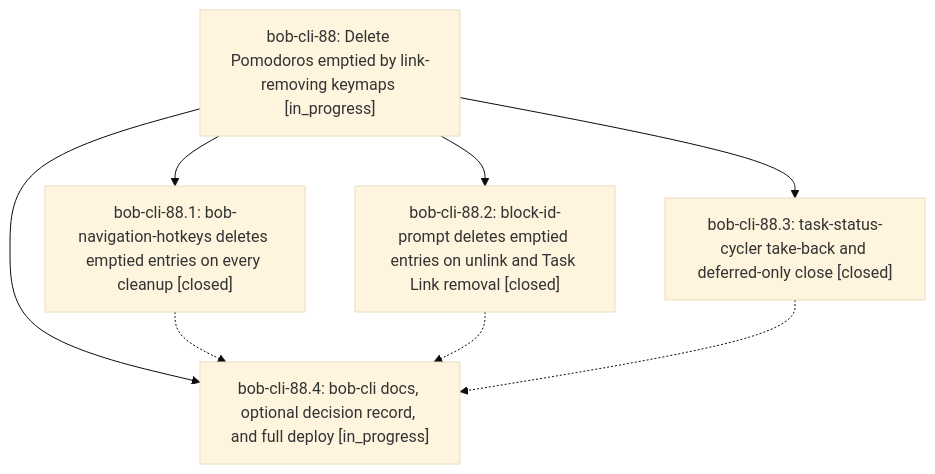
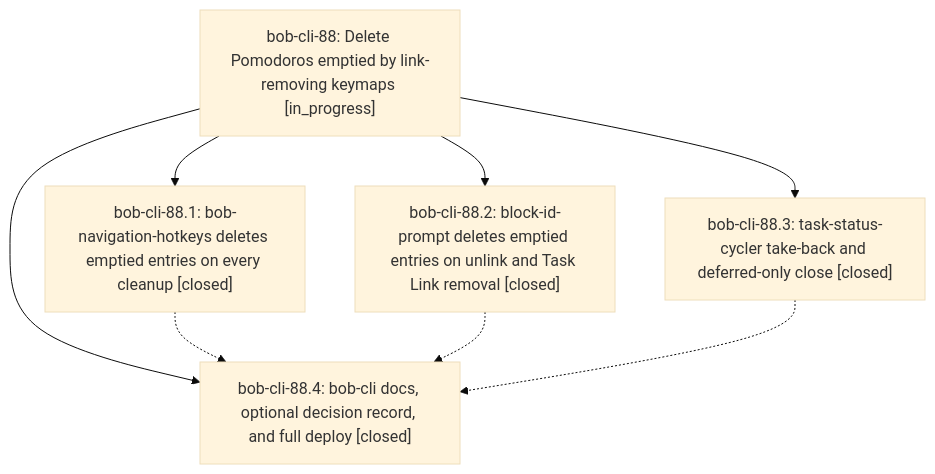
One commit to bobs-org/bob-cli--beads changed the diagram in pages/bob-cli-88/README.md. Above: the diagram before and after it, drawn with Mermaid (base theme). The commit also changed other lines of this file and 4 other files, not shown here.

First line of the commit message:
chore(beads): sync bead state and pages for bob-cli-88

````diff
--- a/pages/bob-cli-88/README.md
+++ b/pages/bob-cli-88/README.md
@@ -25,15 +39,15 @@
 ```mermaid
 flowchart TD
     n0["bob-cli-88: Delete Pomodoros emptied by link-removing keymaps [in_progress]"]
     n1["bob-cli-88.1: bob-navigation-hotkeys deletes emptied entries on every cleanup [closed]"]
     n2["bob-cli-88.2: block-id-prompt deletes emptied entries on unlink and Task Link removal [closed]"]
     n3["bob-cli-88.3: task-status-cycler take-back and deferred-only close [closed]"]
-    n4["bob-cli-88.4: bob-cli docs, optional decision record, and full deploy [in_progress]"]
+    n4["bob-cli-88.4: bob-cli docs, optional decision record, and full deploy [closed]"]
     n0 --> n1
     n0 --> n2
     n0 --> n3
     n0 --> n4
     n1 -.-> n4
     n2 -.-> n4
     n3 -.-> n4
 ```
````
